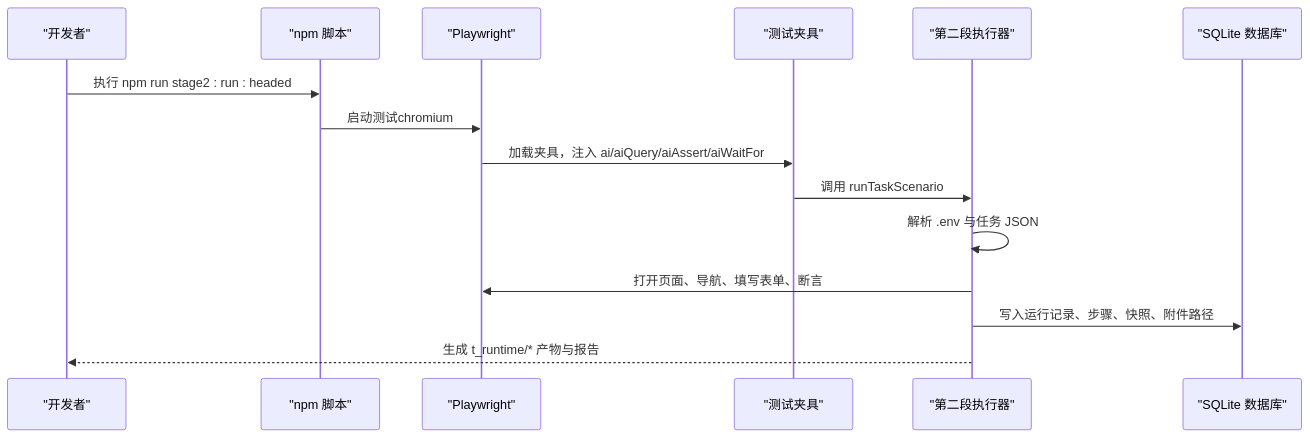
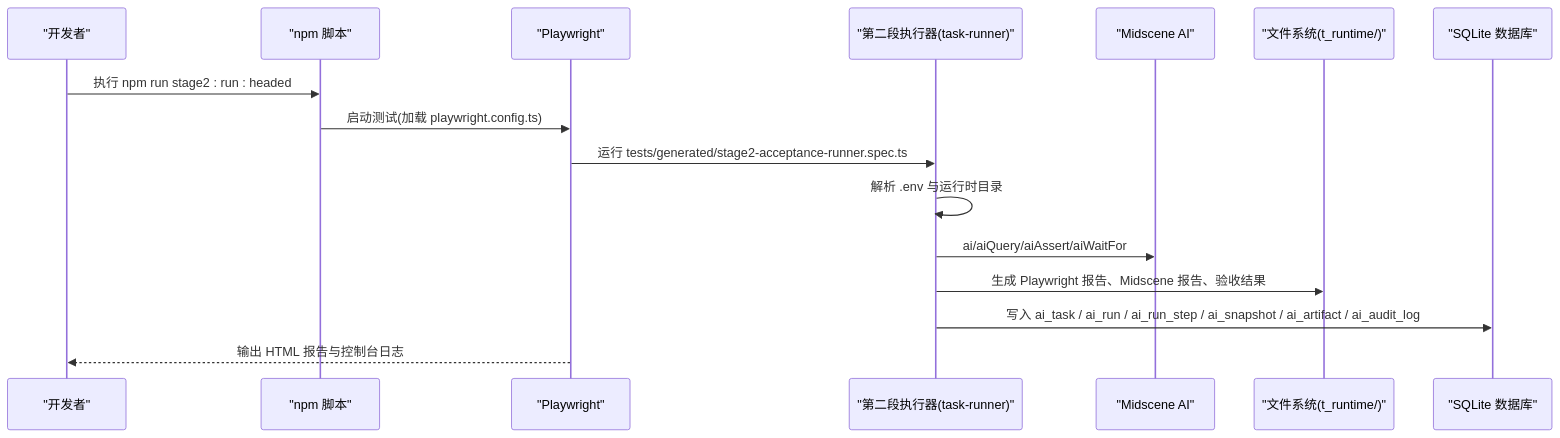
The second of 4 diagrams in .qoder/repowiki/zh/content/快速开始.md (Jiane-EJ/playwright-mind), drawn with Mermaid before and after one commit. The commit also changed other lines of this file and 151 other files, not shown here.

````diff
--- a/.qoder/repowiki/zh/content/快速开始.md
+++ b/.qoder/repowiki/zh/content/快速开始.md
@@ -85,17 +96,18 @@
 ```mermaid
 sequenceDiagram
 participant Dev as "开发者"
 participant CLI as "npm 脚本"
 participant PW as "Playwright"
-participant Fixture as "测试夹具"
-participant Runner as "第二段执行器"
+participant TR as "第二段执行器(task-runner)"
+participant AI as "Midscene AI"
+participant FS as "文件系统(t_runtime/)"
 participant DB as "SQLite 数据库"
 Dev->>CLI : 执行 npm run stage2 : run : headed
-CLI->>PW : 启动测试chromium
-PW->>Fixture : 加载夹具，注入 ai/aiQuery/aiAssert/aiWaitFor
-Fixture->>Runner : 调用 runTaskScenario
-Runner->>Runner : 解析 .env 与任务 JSON
-Runner->>PW : 打开页面、导航、填写表单、断言
-Runner->>DB : 写入运行记录、步骤、快照、附件路径
-Runner-->>Dev : 生成 t_runtime/* 产物与报告
+CLI->>PW : 启动测试(加载 playwright.config.ts)
+PW->>TR : 运行 tests/generated/stage2-acceptance-runner.spec.ts
+TR->>TR : 解析 .env 与运行时目录
+TR->>AI : ai/aiQuery/aiAssert/aiWaitFor
+TR->>FS : 生成 Playwright 报告、Midscene 报告、验收结果
+TR->>DB : 写入 ai_task / ai_run / ai_run_step / ai_snapshot / ai_artifact / ai_audit_log
+PW-->>Dev : 输出 HTML 报告与控制台日志
 ```
````
